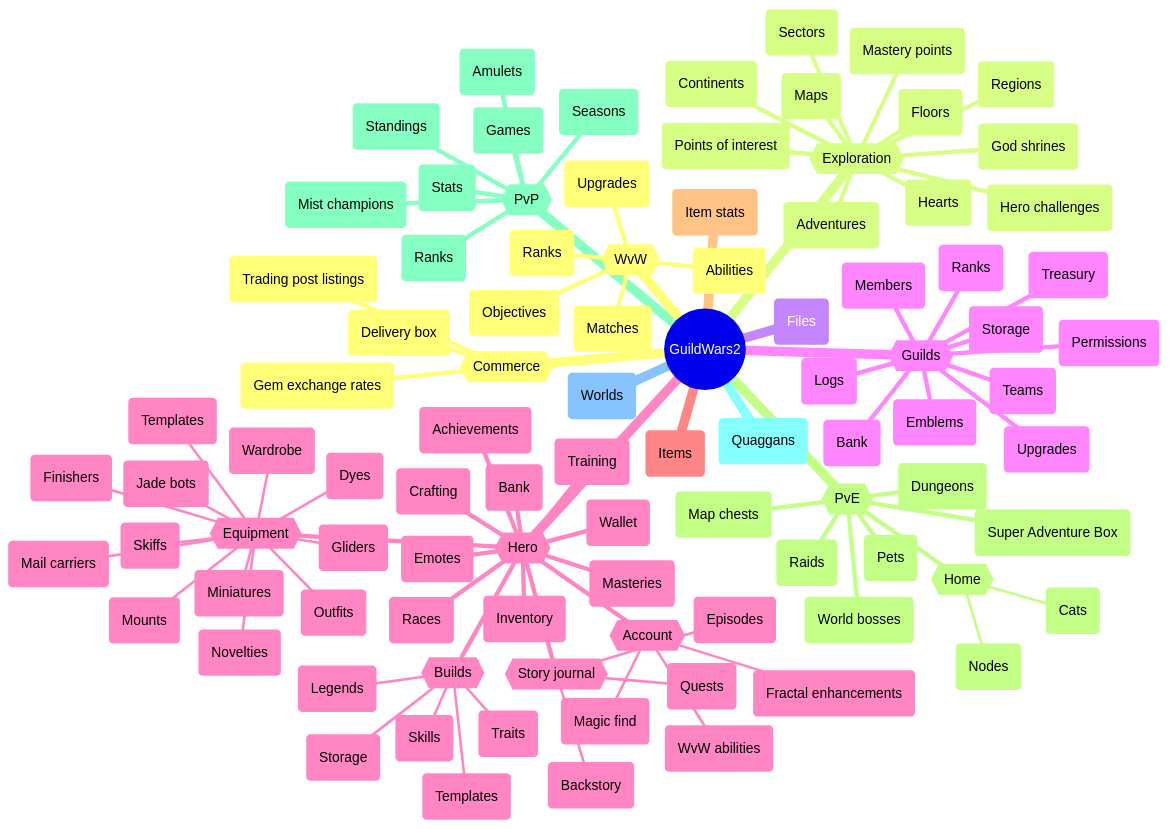
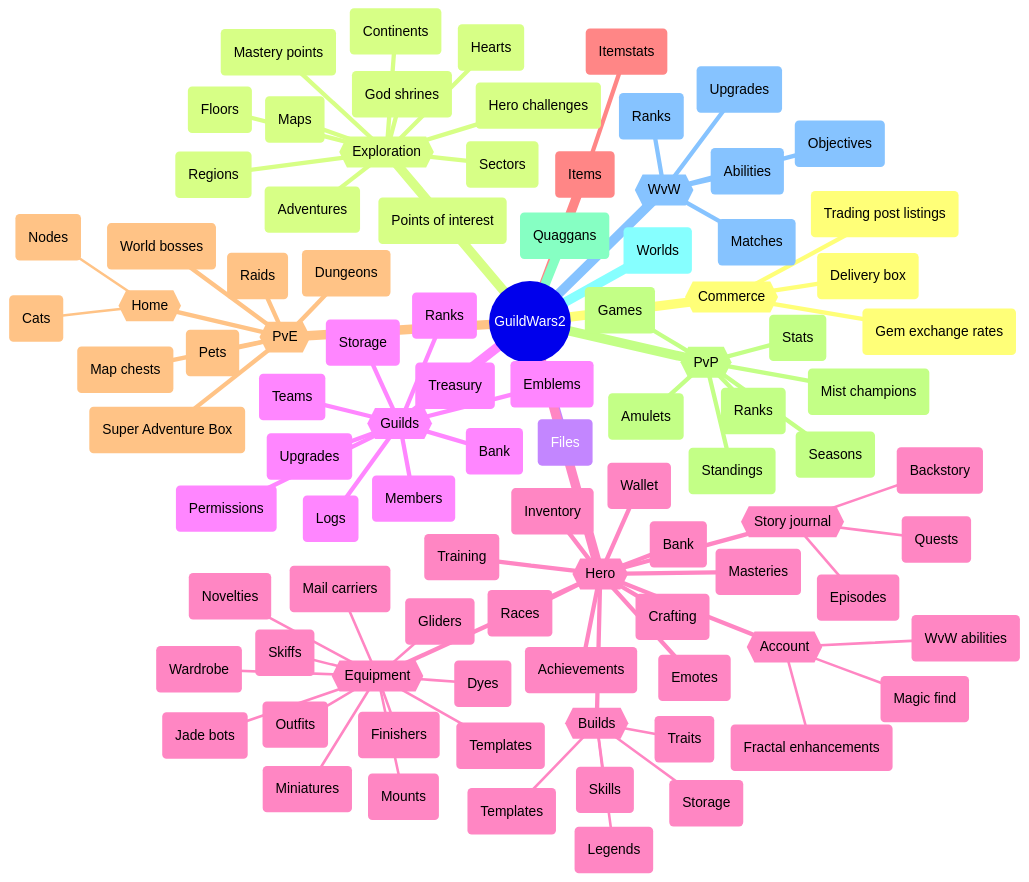
Before and after one commit to sliekens/gw2sdk: the diagram in wiki/features.md, drawn with Mermaid. The commit also changed 28 other files, not shown here.

```diff
--- a/wiki/features.md
+++ b/wiki/features.md
@@ -75,7 +75,7 @@
       (Training)
       (Wallet)
     (Items)
-    (Item stats)
+      (Itemstats)
     {{PvE}}
       (Dungeons)
       {{Home}}
```
